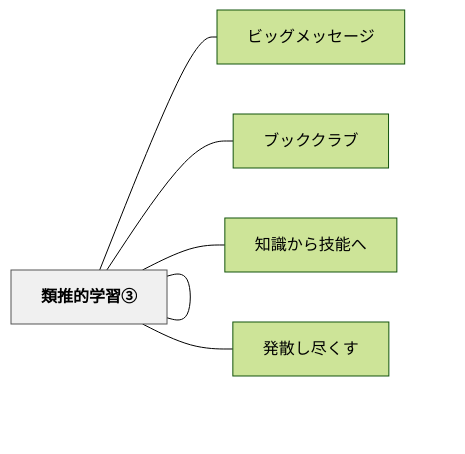
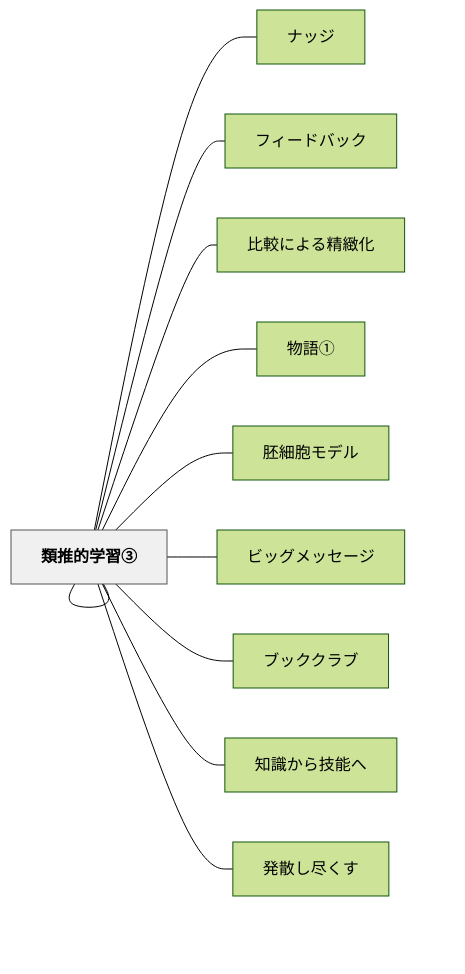
The diagram in content/パタン/類推的学習①.md (unknownthings-ed-patterns/unknownthings-ed-patterns), drawn with Mermaid (forest theme) before and after one commit. The commit also changed other lines of this file and 473 other files, not shown here.

````diff
--- a/content/パタン/類推的学習①.md
+++ b/content/パタン/類推的学習①.md
@@ -107,20 +113,32 @@
 ```mermaid
 flowchart LR
     ne9a19ee68ea8["類推的学習①"]
+    ne3838ae38383["ナッジ"]
+    ne38395e382a3["フィードバック"]
+    ne6af94e8bc83["比較による精緻化"]
+    ne789a9e8aa9e["物語①"]
+    ne9a19ee68ea8["類推（アナロジー）"]
+    ne8839ae7b4b0["胚細胞モデル"]
     ne9a19ee68ea8["類推的学習②"]
     ne9a19ee68ea8["類推的学習③"]
     ne38393e38383["ビッグメッセージ"]
     ne38396e38383["ブッククラブ"]
     ne79fa5e8ad98["知識から技能へ"]
     ne799bae695a3["発散し尽くす"]
 
+    ne9a19ee68ea8 --- ne3838ae38383
+    ne9a19ee68ea8 --- ne38395e382a3
+    ne9a19ee68ea8 --- ne6af94e8bc83
+    ne9a19ee68ea8 --- ne789a9e8aa9e
+    ne9a19ee68ea8 --- ne9a19ee68ea8
+    ne9a19ee68ea8 --- ne8839ae7b4b0
     ne9a19ee68ea8 --- ne9a19ee68ea8
     ne9a19ee68ea8 --- ne9a19ee68ea8
     ne9a19ee68ea8 --- ne38393e38383
     ne9a19ee68ea8 --- ne38396e38383
     ne9a19ee68ea8 --- ne79fa5e8ad98
     ne9a19ee68ea8 --- ne799bae695a3
 
     classDef hub fill:#f0f0f0,stroke:#555,color:#000,font-weight:bold
     class ne9a19ee68ea8 hub
 ```
````
